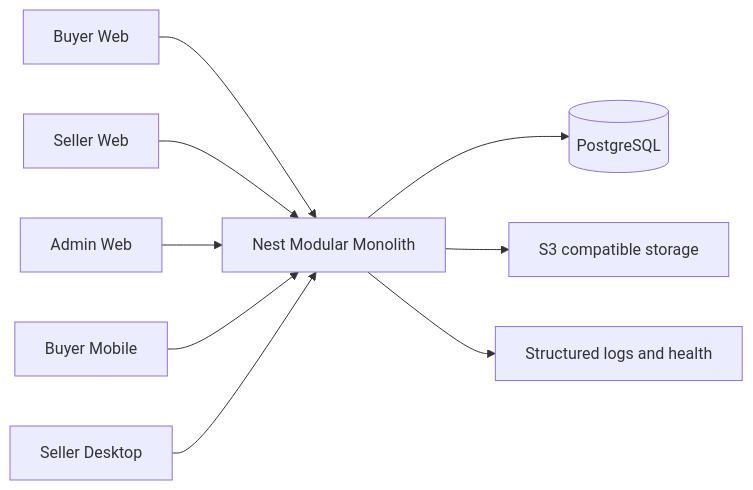
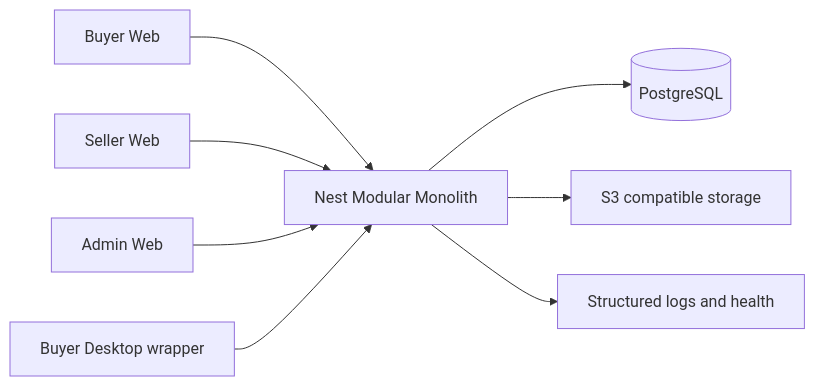
The first of 3 diagrams in specs/001-marketplace-mvp/plan.md (kietda623/do-an-cnpm), drawn with Mermaid before and after one commit. The commit also changed other lines of this file and 89 other files, not shown here.

First line of the commit message:
refactor: retire buyer mobile app in favor of web and desktop

````diff
--- a/specs/001-marketplace-mvp/plan.md
+++ b/specs/001-marketplace-mvp/plan.md
@@ -163,11 +163,10 @@
 ```mermaid
 flowchart LR
   B[Buyer Web] --> API[Nest Modular Monolith]
   S[Seller Web] --> API
   A[Admin Web] --> API
-  M[Buyer Mobile] --> API
-  D[Seller Desktop] --> API
+  M[Buyer Desktop wrapper] --> API
   API --> PG[(PostgreSQL)]
   API --> S3[S3 compatible storage]
   API --> L[Structured logs and health]
 ```
````
